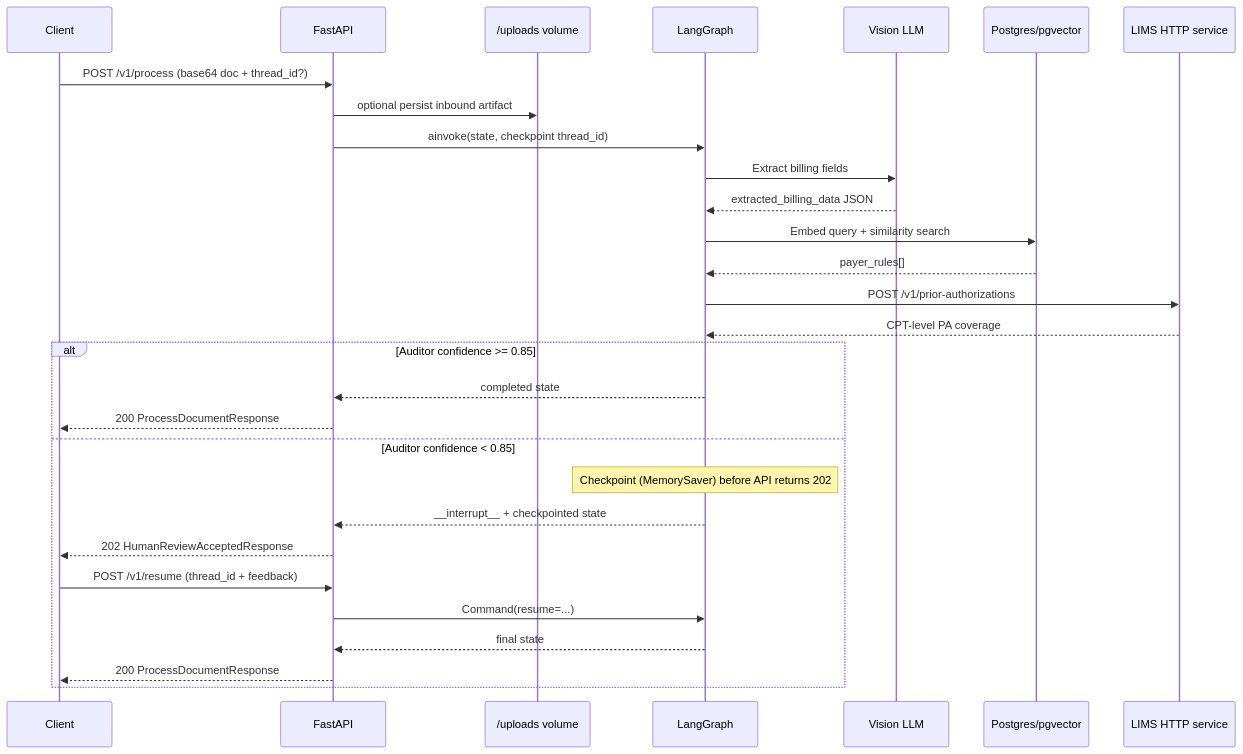
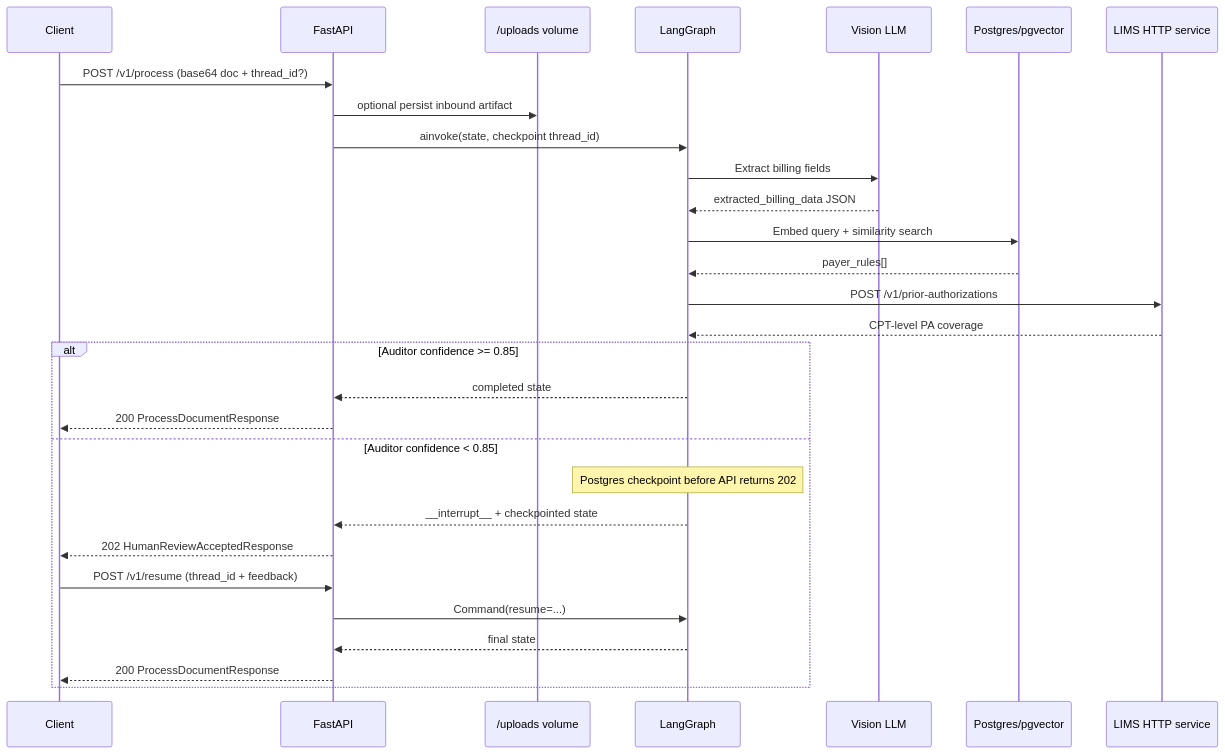
The second of 2 diagrams in README.md (pvenkata-tech/the-rcm-guardian), drawn with Mermaid before and after one commit. The commit also changed other lines of this file and 31 other files, not shown here.

````diff
--- a/README.md
+++ b/README.md
@@ -105,33 +118,33 @@
 ```mermaid
 sequenceDiagram
     participant C as Client
     participant F as FastAPI
     participant U as /uploads volume
     participant G as LangGraph
     participant V as Vision LLM
     participant DB as Postgres/pgvector
     participant L as LIMS HTTP service
 
     C->>F: POST /v1/process (base64 doc + thread_id?)
     F->>U: optional persist inbound artifact
     F->>G: ainvoke(state, checkpoint thread_id)
     G->>V: Extract billing fields
     V-->>G: extracted_billing_data JSON
     G->>DB: Embed query + similarity search
     DB-->>G: payer_rules[]
     G->>L: POST /v1/prior-authorizations
     L-->>G: CPT-level PA coverage
 
     alt Auditor confidence >= 0.85
         G-->>F: completed state
         F-->>C: 200 ProcessDocumentResponse
     else Auditor confidence < 0.85
-        Note over G: Checkpoint (MemorySaver) before API returns 202
+        Note over G: Postgres checkpoint before API returns 202
         G-->>F: __interrupt__ + checkpointed state
         F-->>C: 202 HumanReviewAcceptedResponse
         C->>F: POST /v1/resume (thread_id + feedback)
         F->>G: Command(resume=...)
         G-->>F: final state
         F-->>C: 200 ProcessDocumentResponse
     end
 ```
````
